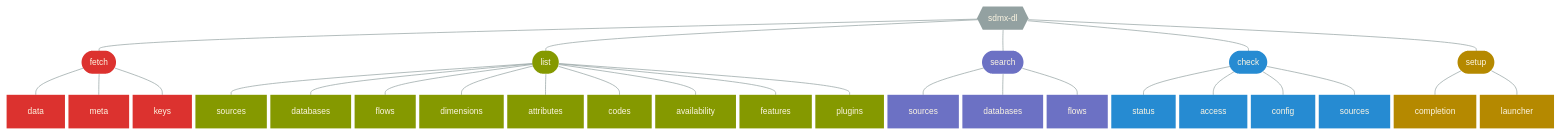
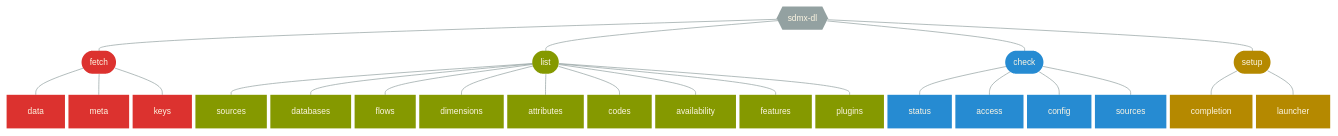
Before and after one commit to nbbrd/sdmx-dl: the diagram in docs/content/cli/usage.md, drawn with Mermaid. The commit also changed other lines of this file and 13 other files, not shown here.

Commit message:
Move search capability to list command

````diff
--- a/docs/content/cli/usage.md
+++ b/docs/content/cli/usage.md
@@ -23,54 +23,46 @@
 ```mermaid
 %%{init:{'themeVariables': {'textColor': '#fdf6e3', 'fontSize': '12px'},'flowchart':{'nodeSpacing': 5, 'rankSpacing': 30}}}%%
 flowchart TB
     r{{sdmx-dl}}
     r --- f([fetch]) --- data & meta & keys
     r --- l([list]) --- sources & databases & flows & dimensions & attributes & codes & availability & features & plugins
-    r --- se([search]) --- ssources[sources] & sdatabases[databases] & sflows[flows]
     r --- c([check]) --- status & access & config & xsources[sources]
     r --- s([setup]) --- completion & launcher
 
     classDef default fill:#93a1a1,stroke-width:0px 
     linkStyle default stroke:#93a1a1
  
     classDef fx fill:#dc322f
     class f,data,meta,keys fx;
     click f "#fetch" "fetch command"
     click data "#fetch-data" "fetch data command"
     click meta "#fetch-meta" "fetch meta command"
     click keys "#fetch-keys" "fetch keys command"
    
     classDef lx fill:#859900
     class l,sources,databases,flows,dimensions,attributes,codes,availability,features,plugins lx;
     click l "#list" "list command"
     click sources "#list-sources" "list sources command"
     click databases "#list-databases" "list databases command"
     click flows "#list-flows" "list flows command"
     click dimensions "#list-dimensions" "list dimensions command"
     click attributes "#list-attributes" "list attributes command"
     click codes "#list-codes" "list codes command"
     click availability "#list-availability" "list availability command"
     click features "#list-features" "list features command"
     click plugins "#list-plugins" "list plugins command"
 
-    classDef qx fill:#6c71c4
-    class se,ssources,sdatabases,sflows qx;
-    click se "#search" "search command"
-    click ssources "#search-sources" "search sources command"
-    click sdatabases "#search-databases" "search databases command"
-    click sflows "#search-flows" "search flows command"
-   
     classDef cx fill:#268bd2
     class c,status,access,config,xsources cx;
     click c "#check" "check command"
     click status "#check-status" "check status command"
     click access "#check-access" "check access command"
     click config "#check-config" "check config command"
     click xsources "#check-sources" "check sources command"
     
     classDef sx fill:#b58900
     class s,completion,launcher sx;
     click s "#setup" "setup command"
     click completion "#setup-completion" "setup completion command"
     click launcher "#setup-launcher" "setup launcher command"
 ```
````
